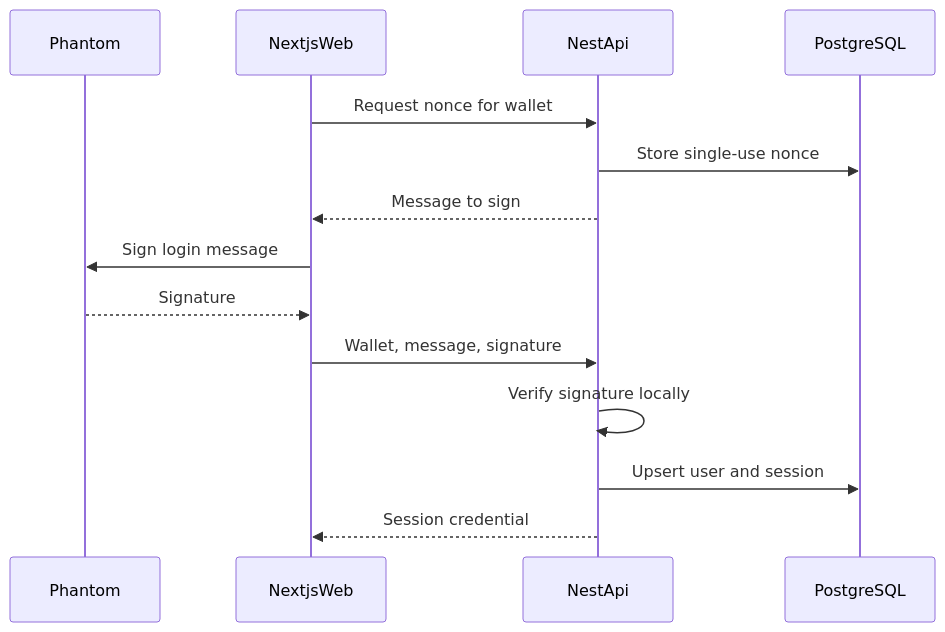
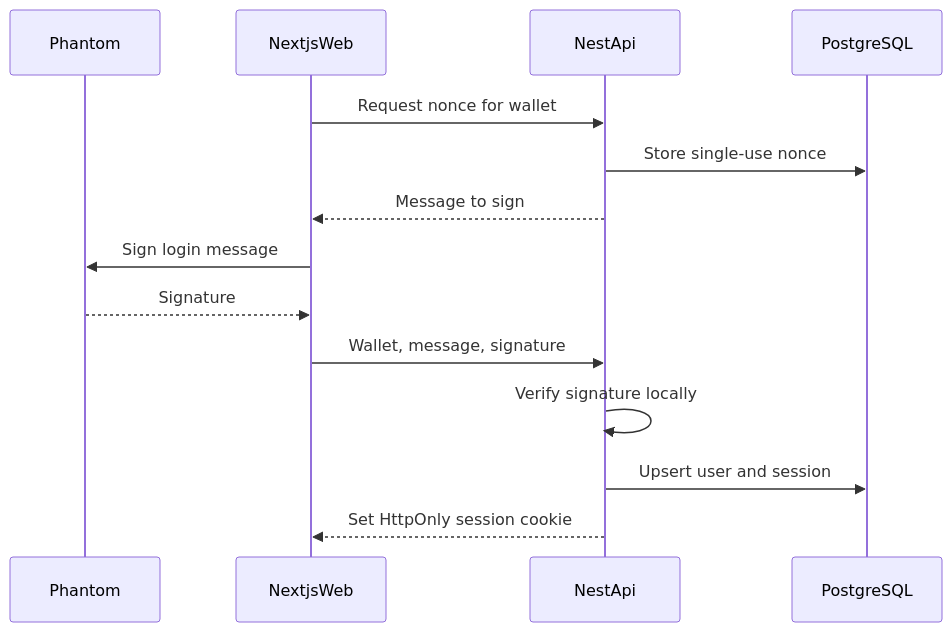
Before and after one commit to ShenSandaru/SolversBounty: the third of 6 diagrams in docs/architecture/SYSTEM_ARCHITECTURE.md, drawn with Mermaid. The commit also changed other lines of this file and 14 other files, not shown here.

````diff
--- a/docs/architecture/SYSTEM_ARCHITECTURE.md
+++ b/docs/architecture/SYSTEM_ARCHITECTURE.md
@@ -110,16 +110,16 @@
 ```mermaid
 sequenceDiagram
   participant Wallet as Phantom
   participant Web as NextjsWeb
   participant Api as NestApi
   participant Db as PostgreSQL
   Web->>Api: Request nonce for wallet
   Api->>Db: Store single-use nonce
   Api-->>Web: Message to sign
   Web->>Wallet: Sign login message
   Wallet-->>Web: Signature
   Web->>Api: Wallet, message, signature
   Api->>Api: Verify signature locally
   Api->>Db: Upsert user and session
-  Api-->>Web: Session credential
+  Api-->>Web: Set HttpOnly session cookie
 ```
````
